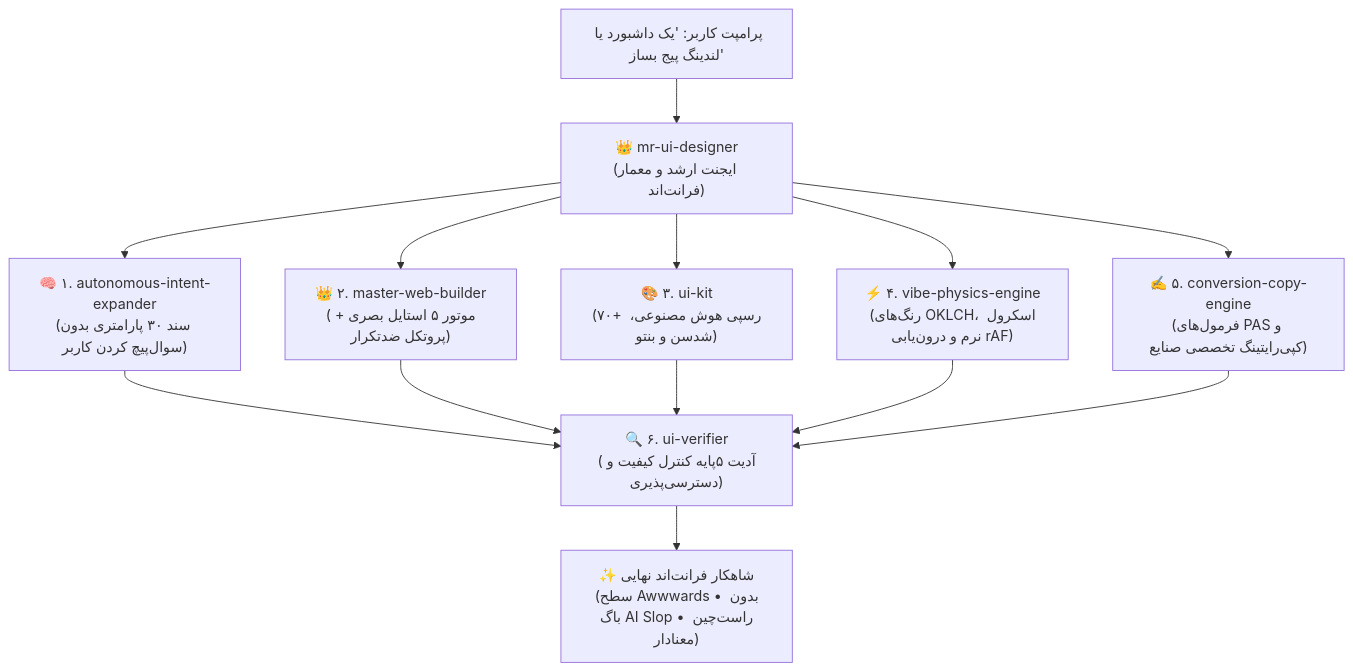
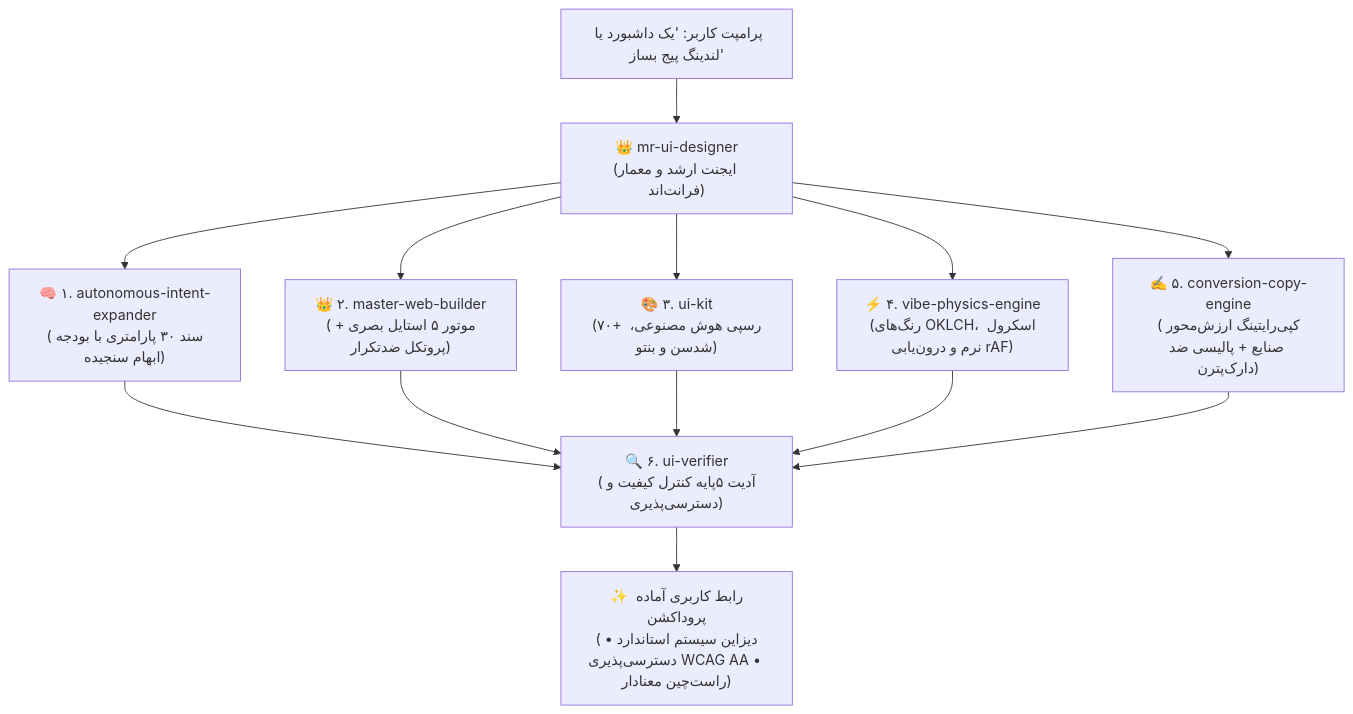
One commit to omid-io/vibe-ui-skills changed the diagram in README.fa.md. Above: the diagram before and after it, drawn with Mermaid. The commit also changed other lines of this file and 8 other files, not shown here.

````diff
--- a/README.fa.md
+++ b/README.fa.md
@@ -48,11 +48,11 @@
 ```mermaid
 flowchart TD
     UserPrompt["پرامپت کاربر: 'یک داشبورد یا لندینگ پیج بساز'"] --> MasterAgent["👑 mr-ui-designer\n(ایجنت ارشد و معمار فرانت‌اند)"]
-    MasterAgent --> Expander["🧠 ۱. autonomous-intent-expander\n(سند ۳۰ پارامتری بدون سوال‌پیچ کردن کاربر)"]
+    MasterAgent --> Expander["🧠 ۱. autonomous-intent-expander\n(سند ۳۰ پارامتری با بودجه ابهام سنجیده)"]
     MasterAgent --> VisualEngine["👑 ۲. master-web-builder\n(موتور ۵ استایل بصری + پروتکل ضدتکرار)"]
     MasterAgent --> UIComponents["🎨 ۳. ui-kit\n(۷۰+ رسپی هوش مصنوعی، شدسن و بنتو)"]
     MasterAgent --> Physics["⚡ ۴. vibe-physics-engine\n(رنگ‌های OKLCH، اسکرول نرم و درون‌یابی rAF)"]
-    MasterAgent --> Copy["✍️ ۵. conversion-copy-engine\n(فرمول‌های PAS و کپی‌رایتینگ تخصصی صنایع)"]
+    MasterAgent --> Copy["✍️ ۵. conversion-copy-engine\n(کپی‌رایتینگ ارزش‌محور صنایع + پالیسی ضد دارک‌پترن)"]
     Expander & VisualEngine & UIComponents & Physics & Copy --> Verifier["🔍 ۶. ui-verifier\n(آدیت ۵‌پایه کنترل کیفیت و دسترسی‌پذیری)"]
-    Verifier --> Masterpiece["✨ شاهکار فرانت‌اند نهایی\n(سطح Awwwards • بدون باگ AI Slop • راست‌چین معنادار)"]
+    Verifier --> Masterpiece["✨ رابط کاربری آماده پروداکشن\n(دیزاین سیستم استاندارد • دسترسی‌پذیری WCAG AA • راست‌چین معنادار)"]
 ```
````
